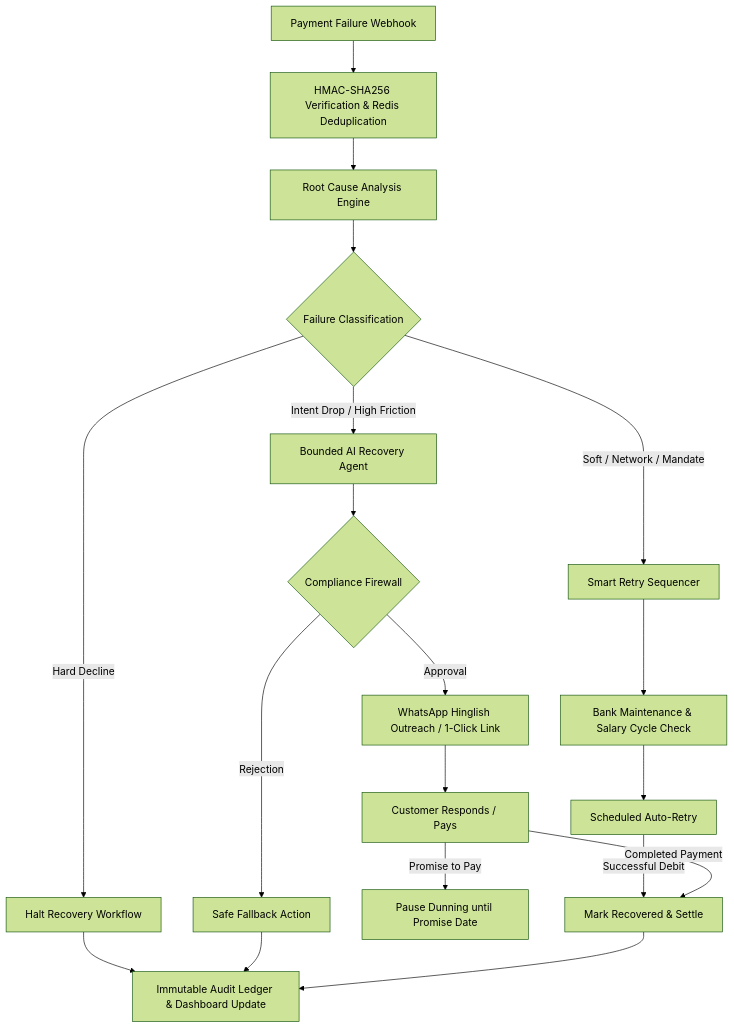
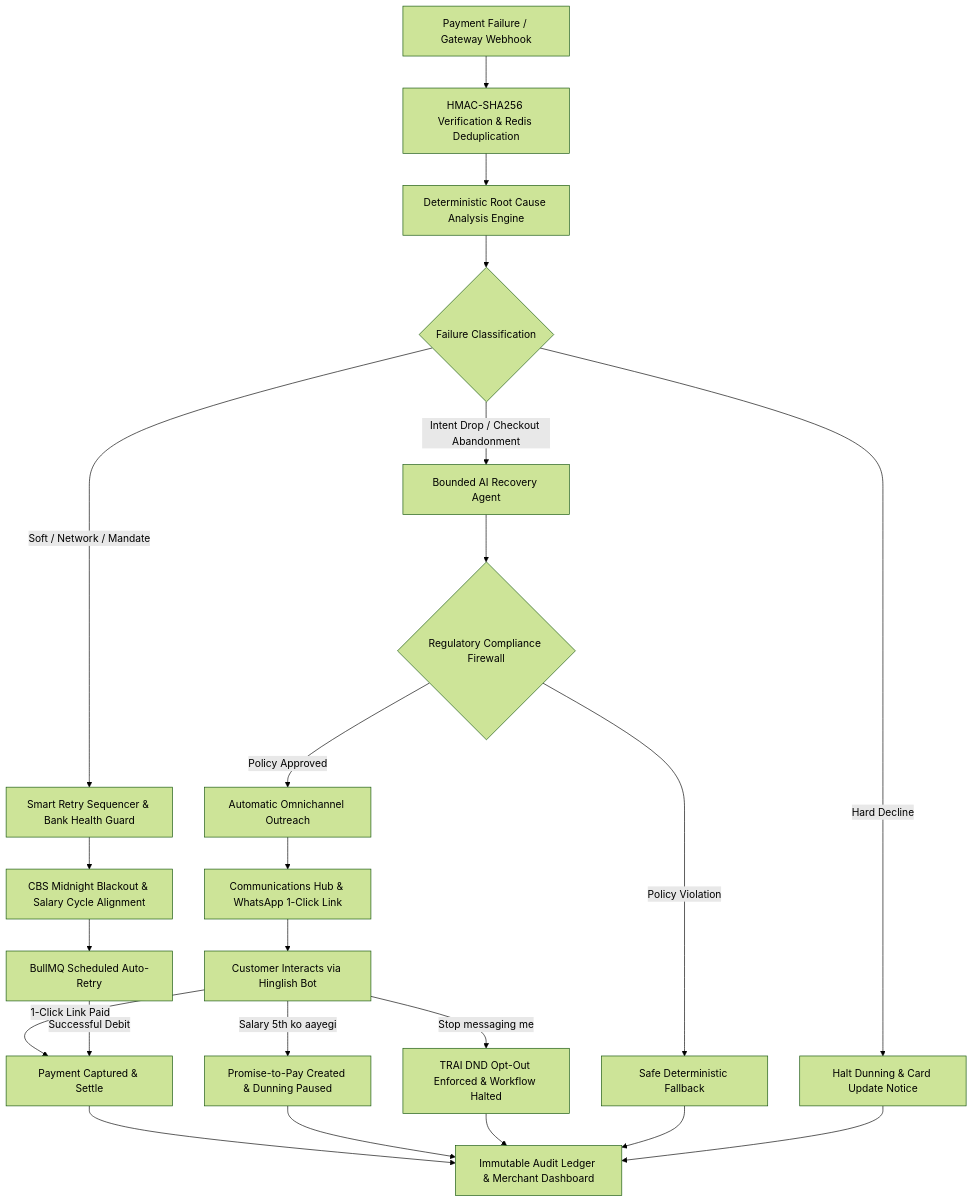
Before and after one commit to nihal1087/RevRec-AI: the diagram in README.md, drawn with Mermaid (forest theme). The commit also changed other lines of this file, not shown here.

````diff
--- a/README.md
+++ b/README.md
@@ -25,27 +35,31 @@
 ```mermaid
 flowchart TD
-    A[Payment Failure Webhook] --> B[HMAC-SHA256 Verification & Redis Deduplication]
-    B --> C[Root Cause Analysis Engine]
+    A[Payment Failure / Gateway Webhook] --> B[HMAC-SHA256 Verification & Redis Deduplication]
+    B --> C[Deterministic Root Cause Analysis Engine]
     
     C --> D{Failure Classification}
     
-    D -- Hard Decline --> E[Halt Recovery Workflow]
-    D -- Soft / Network / Mandate --> F[Smart Retry Sequencer]
-    D -- Intent Drop / High Friction --> G[Bounded AI Recovery Agent]
+    D -- Hard Decline --> E[Halt Dunning & Card Update Notice]
+    D -- Soft / Network / Mandate --> F[Smart Retry Sequencer & Bank Health Guard]
+    D -- Intent Drop / Checkout Abandonment --> G[Bounded AI Recovery Agent]
     
-    F --> H[Bank Maintenance & Salary Cycle Check]
-    H --> I[Scheduled Auto-Retry]
+    F --> H[CBS Midnight Blackout & Salary Cycle Alignment]
+    H --> I[BullMQ Scheduled Auto-Retry]
     
-    G --> J{Compliance Firewall}
-    J -- Rejection --> K[Safe Fallback Action]
-    J -- Approval --> L[WhatsApp Hinglish Outreach / 1-Click Link]
+    G --> J{Regulatory Compliance Firewall}
+    J -- Policy Violation --> K[Safe Deterministic Fallback]
+    J -- Policy Approved --> L[Automatic Omnichannel Outreach]
     
-    L --> M[Customer Responds / Pays]
-    M -- Promise to Pay --> N[Pause Dunning until Promise Date]
-    M -- Completed Payment --> O[Mark Recovered & Settle]
-    I -- Successful Debit --> O
+    L --> M[Communications Hub & WhatsApp 1-Click Link]
+    M --> N[Customer Interacts via Hinglish Bot]
+    N -- "Salary 5th ko aayegi" --> O[Promise-to-Pay Created & Dunning Paused]
+    N -- "Stop messaging me" --> P[TRAI DND Opt-Out Enforced & Workflow Halted]
+    N -- 1-Click Link Paid --> Q[Payment Captured & Settle]
+    I -- Successful Debit --> Q
     
-    O --> P[Immutable Audit Ledger & Dashboard Update]
-    K --> P
-    E --> P
+    Q --> R[Immutable Audit Ledger & Merchant Dashboard]
+    O --> R
+    P --> R
+    K --> R
+    E --> R
 ```
````
